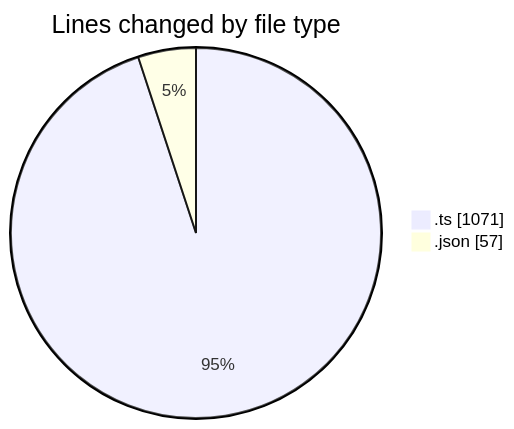
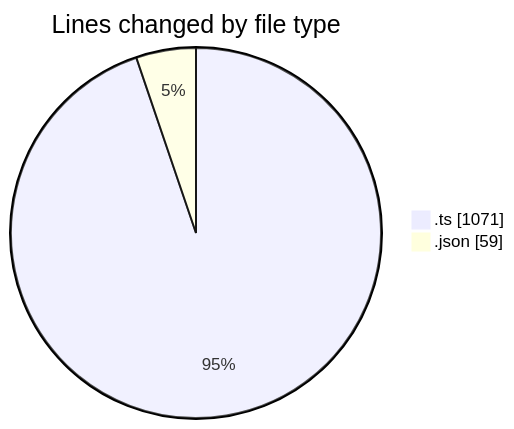
One commit to momahboobian/code-tracking changed the first of 2 diagrams in 2025-10-22/cda/README.md. Above: the diagram before and after it, drawn with Mermaid. The commit also changed other lines of this file and 1 other file, not shown here.

````diff
--- a/2025-10-22/cda/README.md
+++ b/2025-10-22/cda/README.md
@@ -21,6 +21,6 @@
 ```mermaid
 pie showData
 title Lines changed by file type
 ".ts" : 1071
-".json" : 57
+".json" : 59
 ```
````
